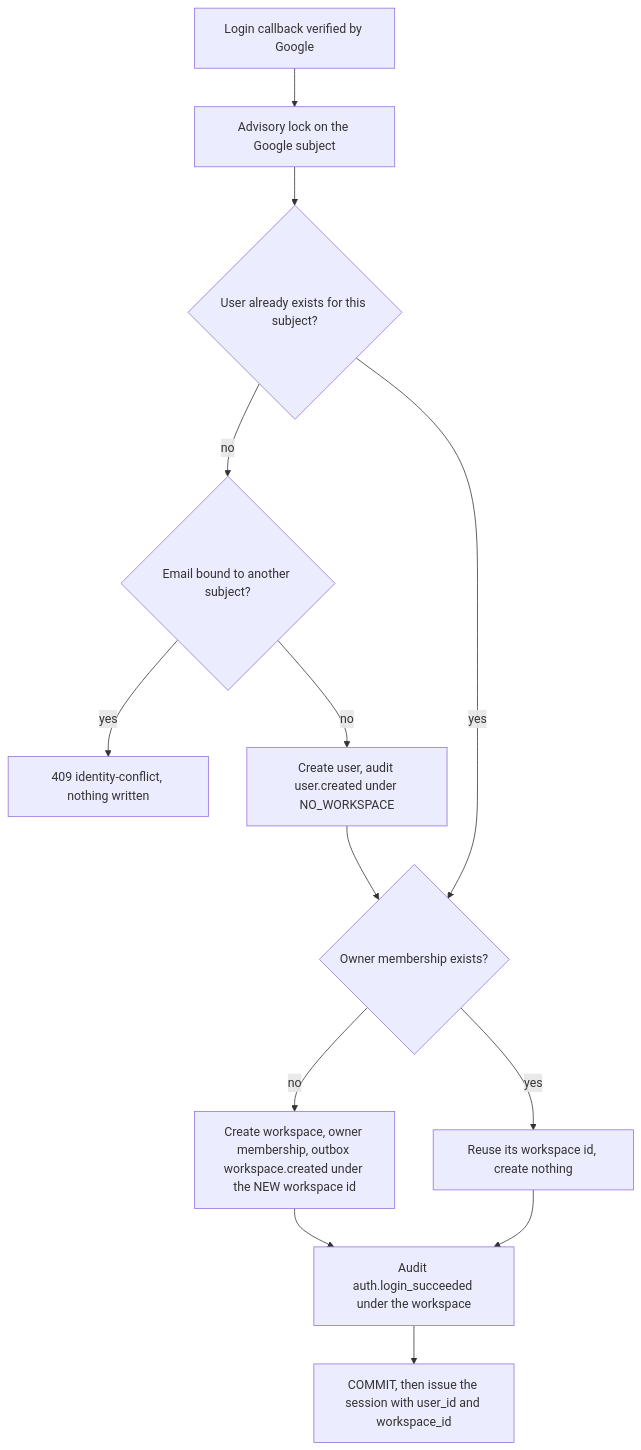
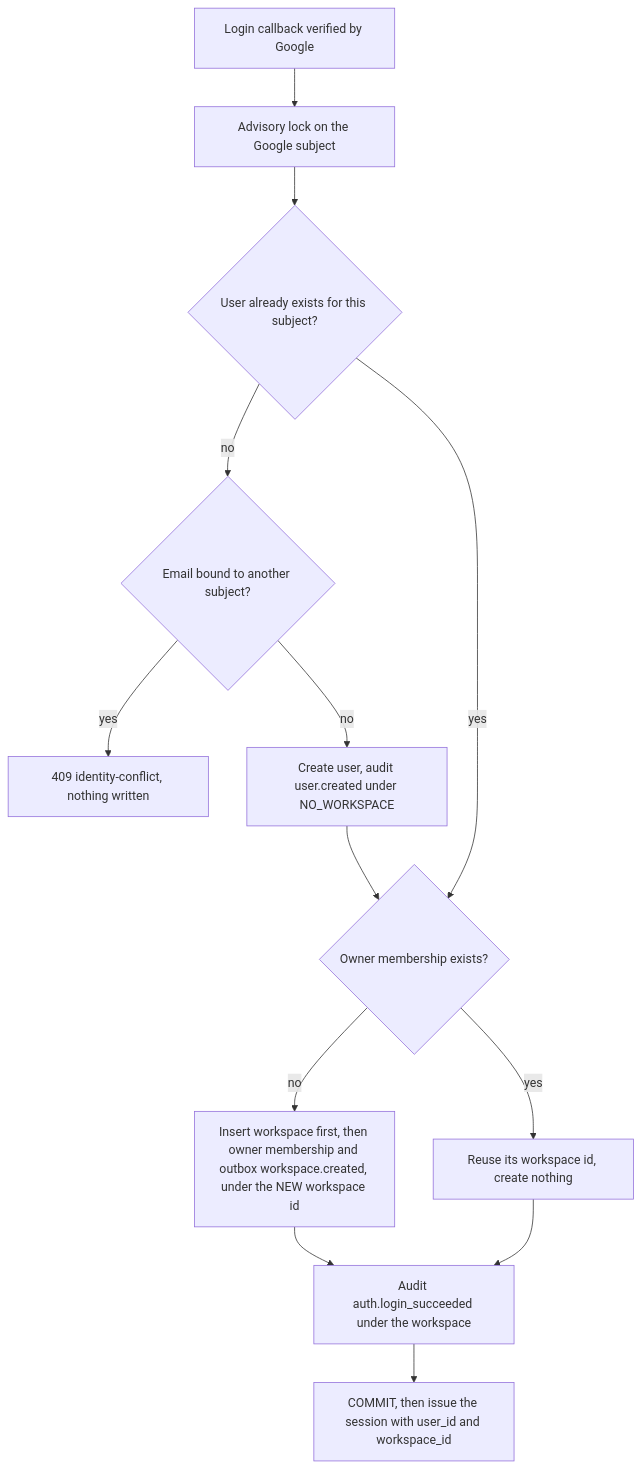
One commit to varunjakkampudi-tech/CreatorIQX changed the seventh of 7 diagrams in docs/ARCHITECTURE.md. Above: the diagram before and after it, drawn with Mermaid. The commit also changed other lines of this file, not shown here.

First line of the commit message:
docs(architecture): fix the Mermaid parse error and match the flush order (P0-053)

````diff
--- a/docs/ARCHITECTURE.md
+++ b/docs/ARCHITECTURE.md
@@ -200,15 +201,15 @@
 ```mermaid
 flowchart TD
     start["Login callback verified by Google"] --> lock["Advisory lock on the Google subject"]
     lock --> known{"User already exists for this subject?"}
     known -- no --> email{"Email bound to another subject?"}
     email -- yes --> conflict["409 identity-conflict, nothing written"]
     email -- no --> mkuser["Create user, audit user.created under NO_WORKSPACE"]
     known -- yes --> member
     mkuser --> member{"Owner membership exists?"}
-    member -- no --> mkws["Create workspace, owner membership, outbox workspace.created under the NEW workspace id"]
+    member -- no --> mkws["Insert workspace first, then owner membership and outbox workspace.created, under the NEW workspace id"]
     member -- yes --> reuse["Reuse its workspace id, create nothing"]
     mkws --> audit["Audit auth.login_succeeded under the workspace"]
     reuse --> audit
     audit --> commit["COMMIT, then issue the session with user_id and workspace_id"]
 ```
````
